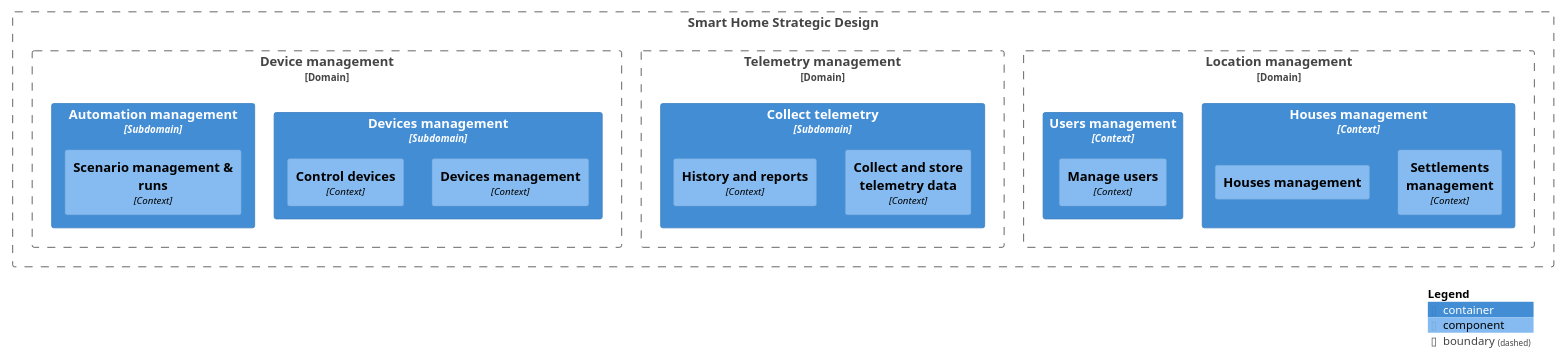
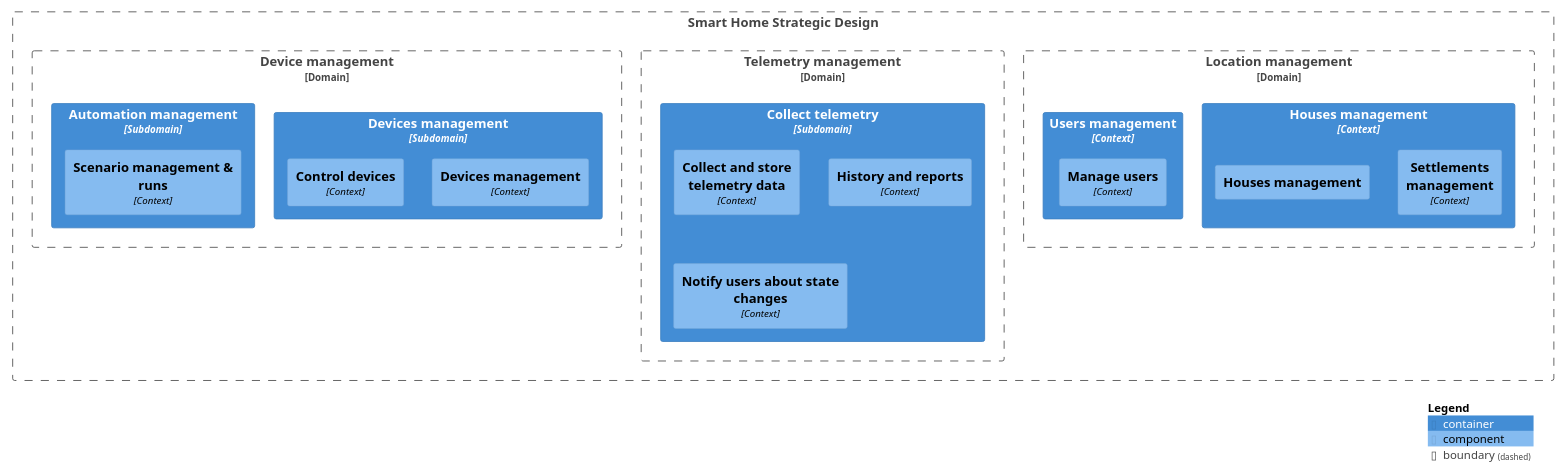
One commit to belkevglaz/yc-apo-sprint3 changed the diagram in docs/docs/assets/target/StrategicDesign.md. Above: the diagram before and after it, drawn with PlantUML. The commit also changed 8 other files, not shown here.

Commit message:
Part 1.2 Fixes. Added Dynamic Diagram

````diff
--- a/docs/docs/assets/target/StrategicDesign.md
+++ b/docs/docs/assets/target/StrategicDesign.md
@@ -1,44 +1,45 @@
 ```puml
 @startuml
 scale 0.7
 top to bottom direction
 
 !includeurl https://raw.githubusercontent.com/plantuml-stdlib/C4-PlantUML/master/C4_Component.puml
 '!include ../templates/C4_Component.puml
 
 Boundary(c1_strategic_design, "Smart Home Strategic Design") {
 
     Boundary(c1_location_domain, "Location management", "Domain") {
         Container(c2_houses, "Houses management", "Context") {
             Component(c3_settl_management, "Settlements management", "Context")
             Component(c3_house_management, "Houses management")
         }
         Container(c2_user, "Users management", "Context") {
             Component(c3_user_management, "Manage users", "Context")
     '        Component(c3_user_profile, "Manage user profile", "Context")
         }
     }
     
     Boundary(c1_telemetry_domain, "Telemetry management", "Domain") {
         Container(c2_tele, "Collect telemetry", "Subdomain") {
             Component(c3_tele_store, "Collect and store telemetry data", "Context")
             Component(c3_tele_report, "History and reports", "Context")
+            Component(c3_tele_notification, "Notify users about state changes", "Context")
         }
         
     }
     
     Boundary(c1_device_domain, "Device management", "Domain") {
         Container(c2_device, "Devices management", "Subdomain") {
             Component(c3_device_management, "Devices management", "Context")
             Component(c3_device_control, "Control devices", "Context")
         }
         Container(c2_automation, "Automation management", "Subdomain") {
             Component(c3_automation_management, "Scenario management & runs", "Context")
         }
     }
 }
 
 SHOW_LEGEND()
 
 @enduml
 ```
````
